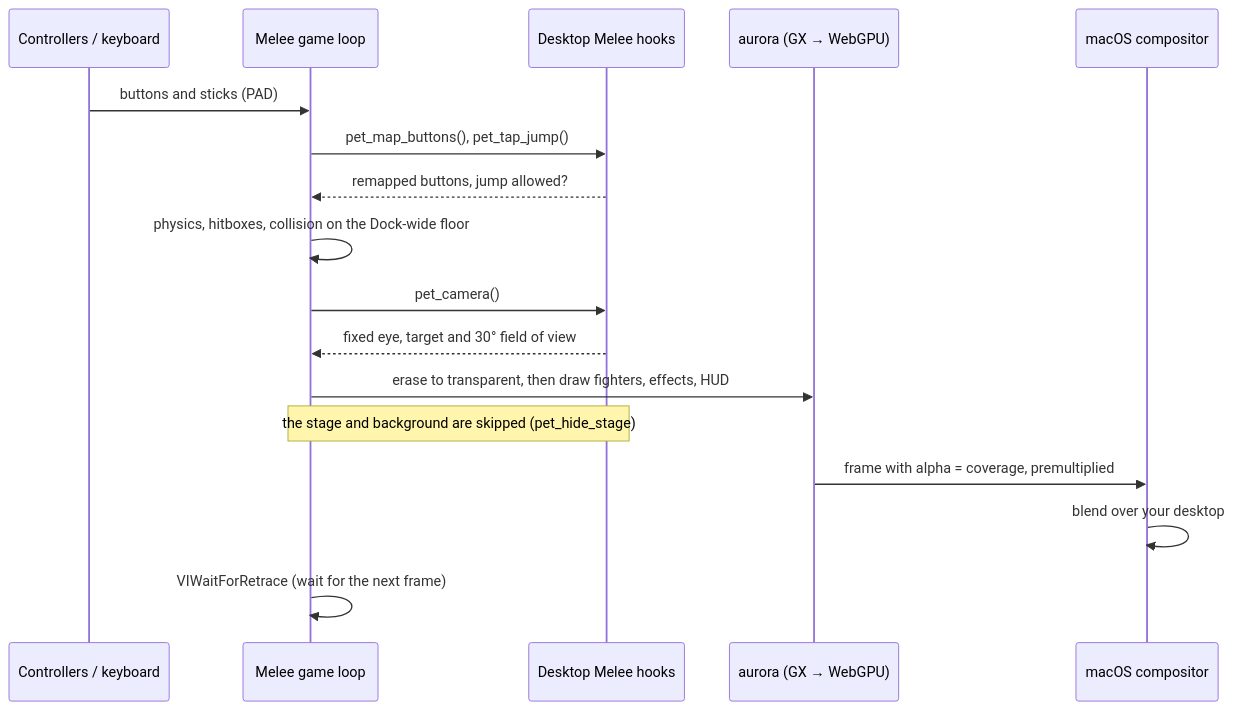
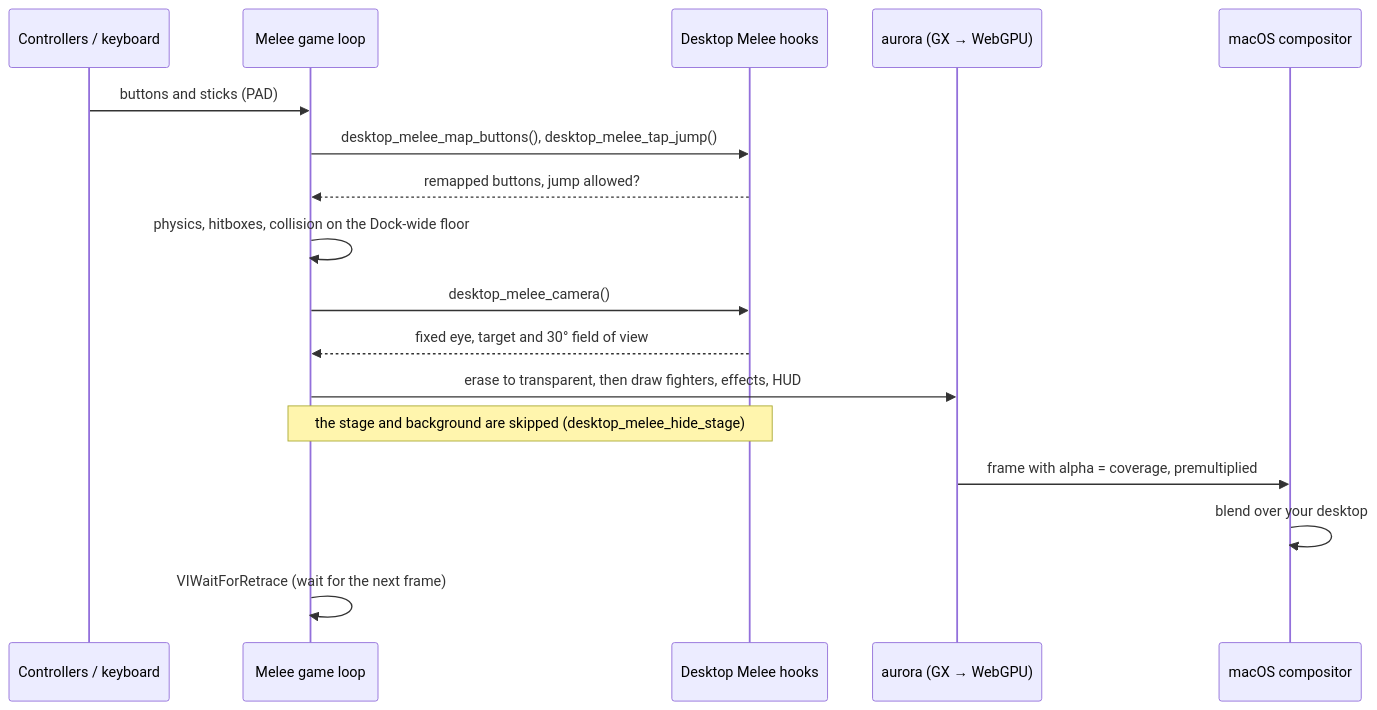
Before and after one commit to Mwrnk/desktop-melee: the fifth of 12 diagrams in docs/desktop-melee/how-it-works.md, drawn with Mermaid. The commit also changed other lines of this file and 67 other files, not shown here.

First line of the commit message:
Rename pet to Desktop Melee in code, paths and docs

````diff
--- a/docs/desktop-melee/how-it-works.md
+++ b/docs/desktop-melee/how-it-works.md
@@ -284,20 +284,20 @@
 ```mermaid
 sequenceDiagram
     participant Pad as Controllers / keyboard
     participant Game as Melee game loop
-    participant Pet as Desktop Melee hooks
+    participant DM as Desktop Melee hooks
     participant Aurora as aurora (GX → WebGPU)
     participant Mac as macOS compositor
 
     Pad->>Game: buttons and sticks (PAD)
-    Game->>Pet: pet_map_buttons(), pet_tap_jump()
-    Pet-->>Game: remapped buttons, jump allowed?
+    Game->>DM: desktop_melee_map_buttons(), desktop_melee_tap_jump()
+    DM-->>Game: remapped buttons, jump allowed?
     Game->>Game: physics, hitboxes, collision on the Dock-wide floor
-    Game->>Pet: pet_camera()
-    Pet-->>Game: fixed eye, target and 30° field of view
+    Game->>DM: desktop_melee_camera()
+    DM-->>Game: fixed eye, target and 30° field of view
     Game->>Aurora: erase to transparent, then draw fighters, effects, HUD
-    Note over Game,Pet: the stage and background are skipped (pet_hide_stage)
+    Note over Game,DM: the stage and background are skipped (desktop_melee_hide_stage)
     Aurora->>Mac: frame with alpha = coverage, premultiplied
     Mac->>Mac: blend over your desktop
     Game->>Game: VIWaitForRetrace (wait for the next frame)
 ```
````
